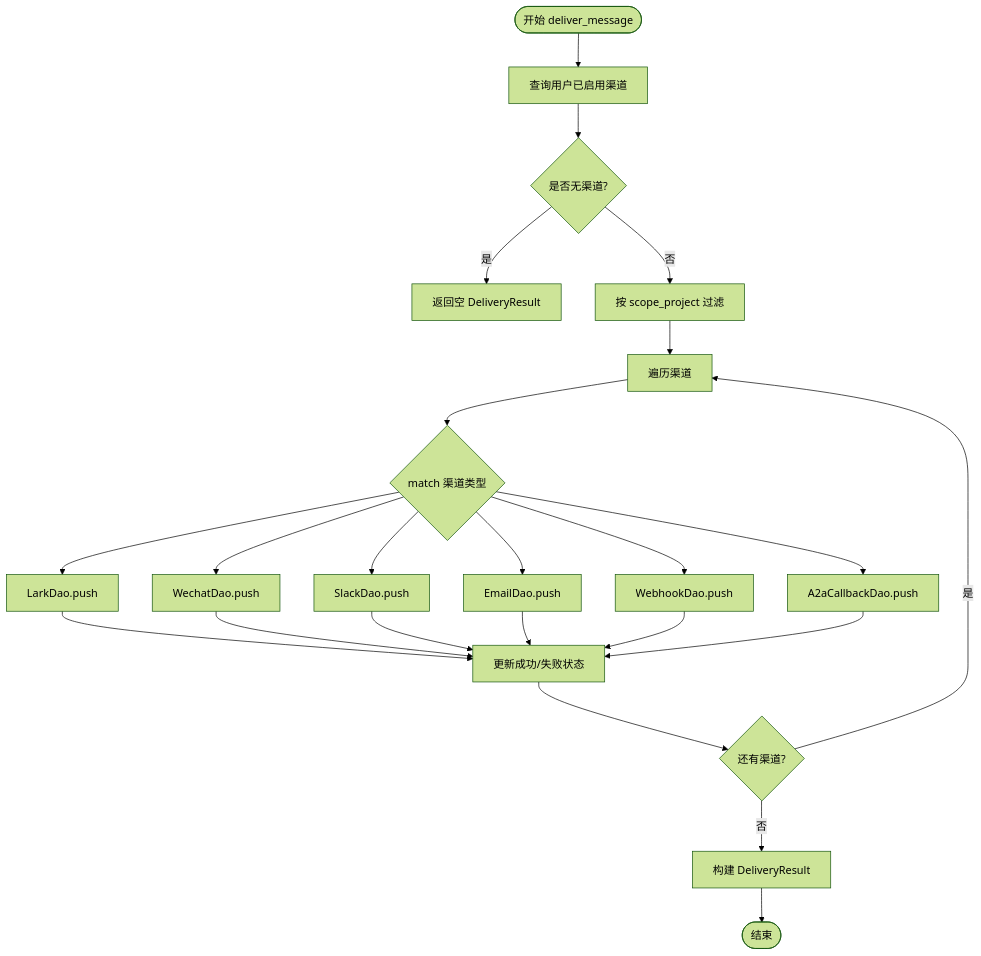
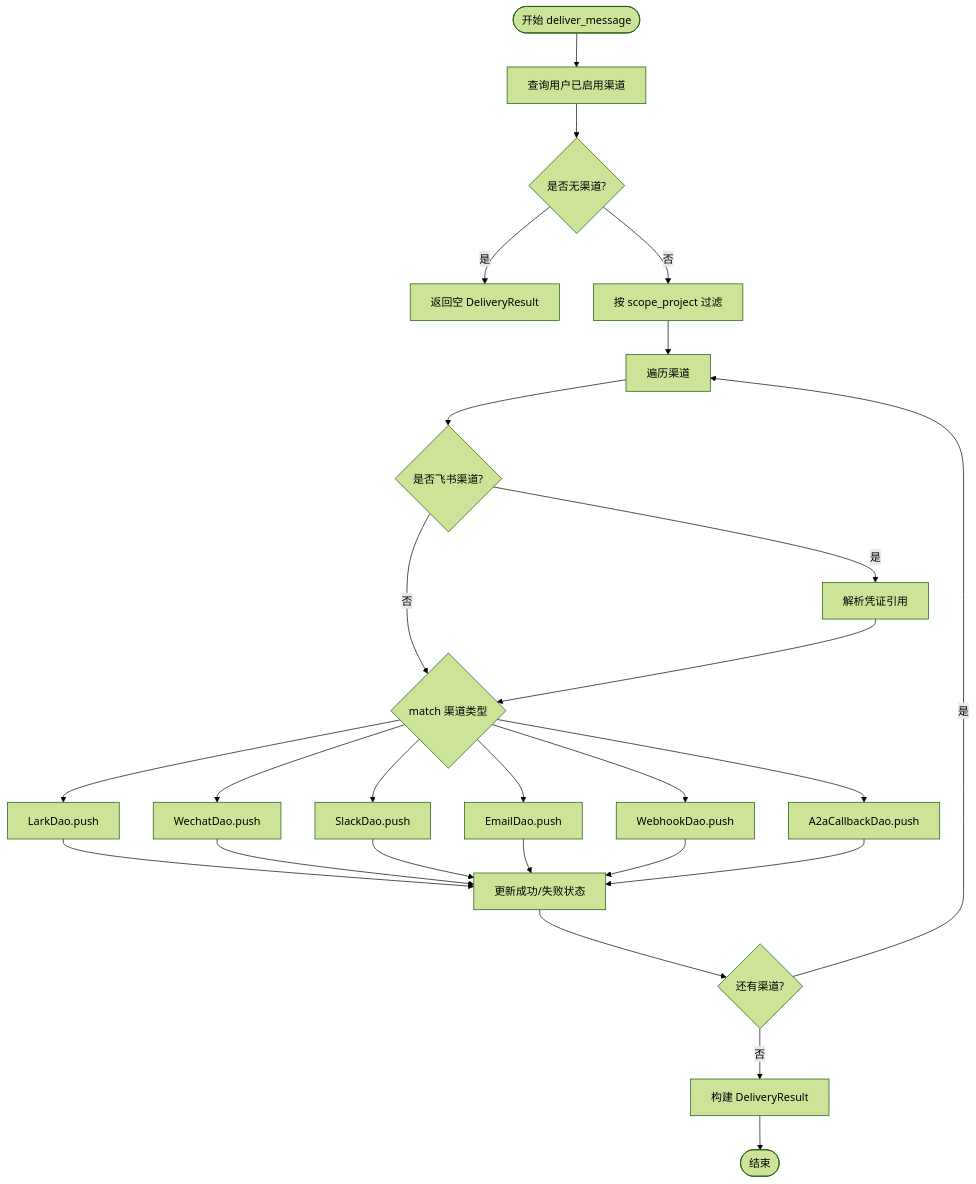
Before and after one commit to runningcoders/ai_orz: the fourth of 6 diagrams in .qoder/repowiki/zh/content/功能模块/消息系统/消息渠道管理.md, drawn with Mermaid (forest theme). The commit also changed other lines of this file and 9 other files, not shown here.

````diff
--- a/.qoder/repowiki/zh/content/功能模块/消息系统/消息渠道管理.md
+++ b/.qoder/repowiki/zh/content/功能模块/消息系统/消息渠道管理.md
@@ -152,25 +221,28 @@
 ```mermaid
 flowchart TD
 Start(["开始 deliver_message"]) --> LoadChannels["查询用户已启用渠道"]
 LoadChannels --> Empty{"是否无渠道?"}
 Empty --> |是| ReturnEmpty["返回空 DeliveryResult"]
 Empty --> |否| FilterScope["按 scope_project 过滤"]
 FilterScope --> ForEach["遍历渠道"]
-ForEach --> PushMatch{"match 渠道类型"}
+ForEach --> CheckLark{"是否飞书渠道?"}
+CheckLark --> |是| ResolveCred["解析凭证引用"]
+CheckLark --> |否| PushMatch{"match 渠道类型"}
+ResolveCred --> PushMatch
 PushMatch --> Lark["LarkDao.push"]
 PushMatch --> Wechat["WechatDao.push"]
 PushMatch --> Slack["SlackDao.push"]
 PushMatch --> Email["EmailDao.push"]
 PushMatch --> Webhook["WebhookDao.push"]
 PushMatch --> A2A["A2aCallbackDao.push"]
 Lark --> UpdateStatus["更新成功/失败状态"]
 Wechat --> UpdateStatus
 Slack --> UpdateStatus
 Email --> UpdateStatus
 Webhook --> UpdateStatus
 A2A --> UpdateStatus
 UpdateStatus --> Next{"还有渠道?"}
 Next --> |是| ForEach
 Next --> |否| BuildResult["构建 DeliveryResult"]
 BuildResult --> End(["结束"])
 ```
````
